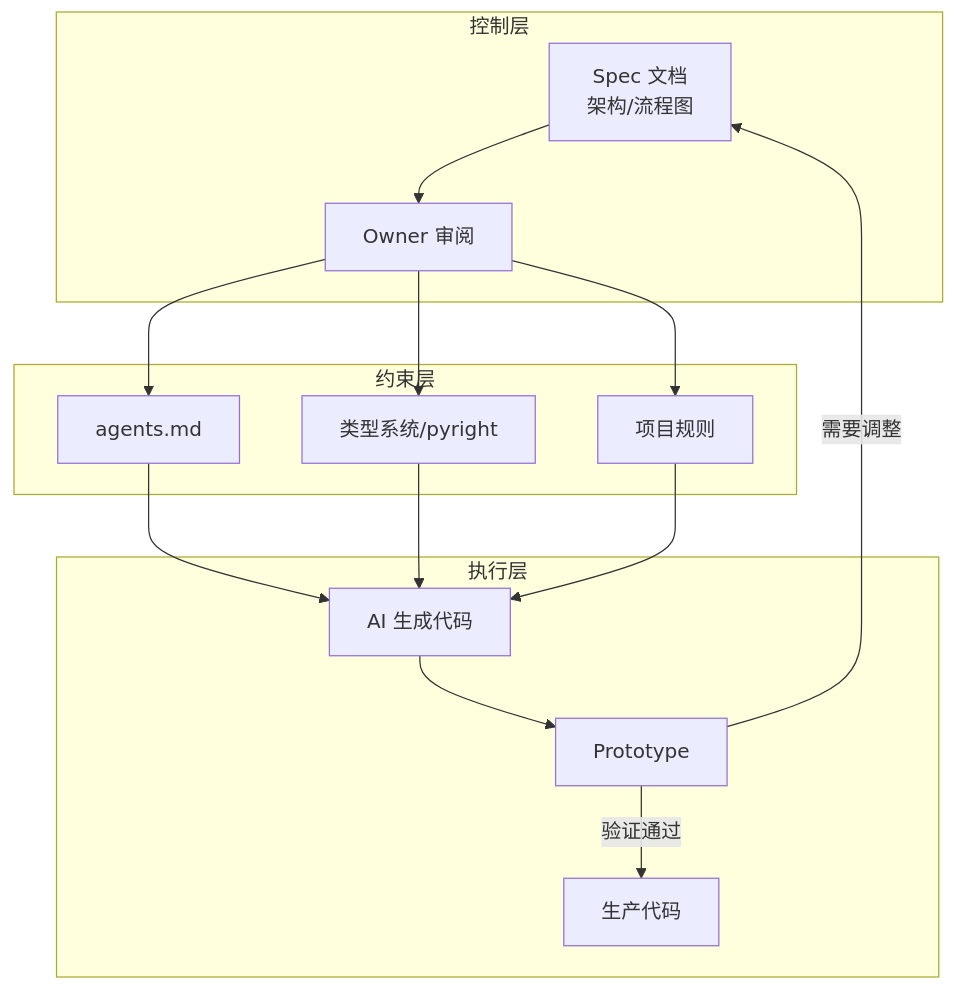
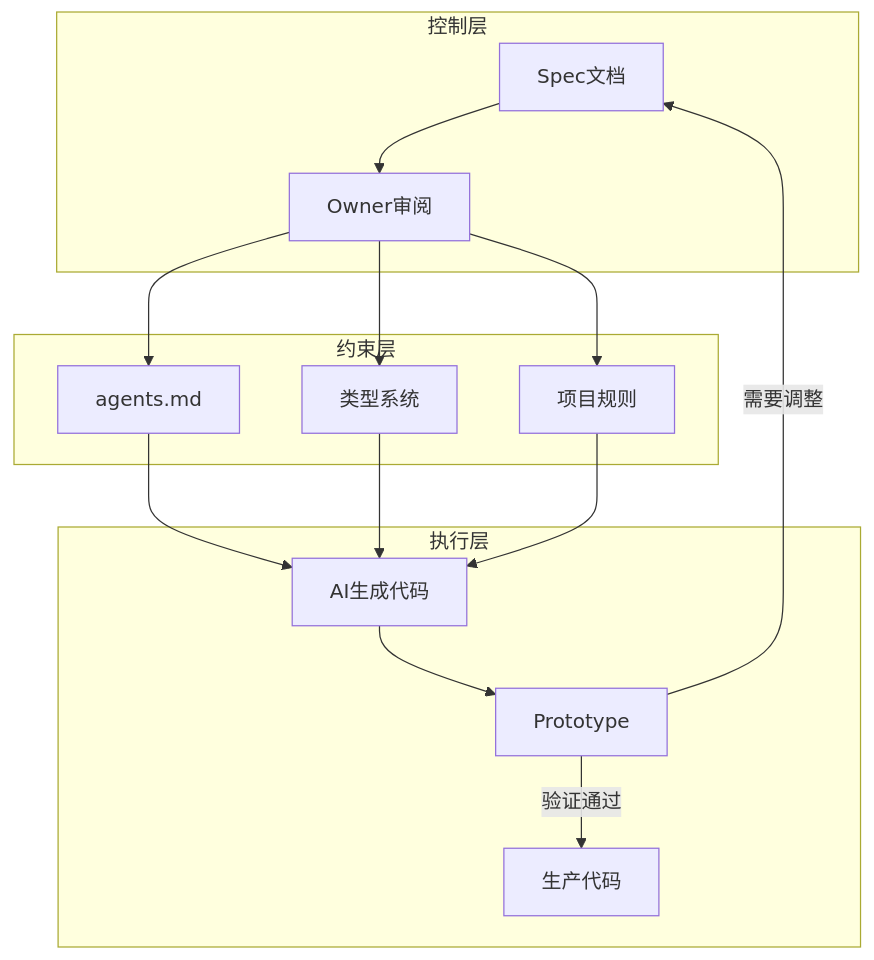
The third of 9 diagrams in source/_posts/2026-02-02-AI-Assisted-Development-Consistency.md (Wh1isper/wh1isper.github.io), drawn with Mermaid before and after one commit. The commit also changed other lines of this file, not shown here.

Commit message:
Fix mermaid diagrams

````diff
--- a/source/_posts/2026-02-02-AI-Assisted-Development-Consistency.md
+++ b/source/_posts/2026-02-02-AI-Assisted-Development-Consistency.md
@@ -52,26 +52,30 @@
 ```mermaid
 flowchart TB
-    subgraph 控制层
-        A[Spec 文档<br/>架构/流程图]
-        B[Owner 审阅]
+    subgraph Control[控制层]
+        A[Spec文档]
+        B[Owner审阅]
     end
 
-    subgraph 约束层
+    subgraph Constraint[约束层]
         C[agents.md]
-        D[类型系统/pyright]
+        D[类型系统]
         E[项目规则]
     end
 
-    subgraph 执行层
-        F[AI 生成代码]
+    subgraph Execution[执行层]
+        F[AI生成代码]
         G[Prototype]
         H[生产代码]
     end
 
     A --> B
-    B --> C & D & E
-    C & D & E --> F
+    B --> C
+    B --> D
+    B --> E
+    C --> F
+    D --> F
+    E --> F
     F --> G
     G -->|验证通过| H
     G -->|需要调整| A
 ```
````
